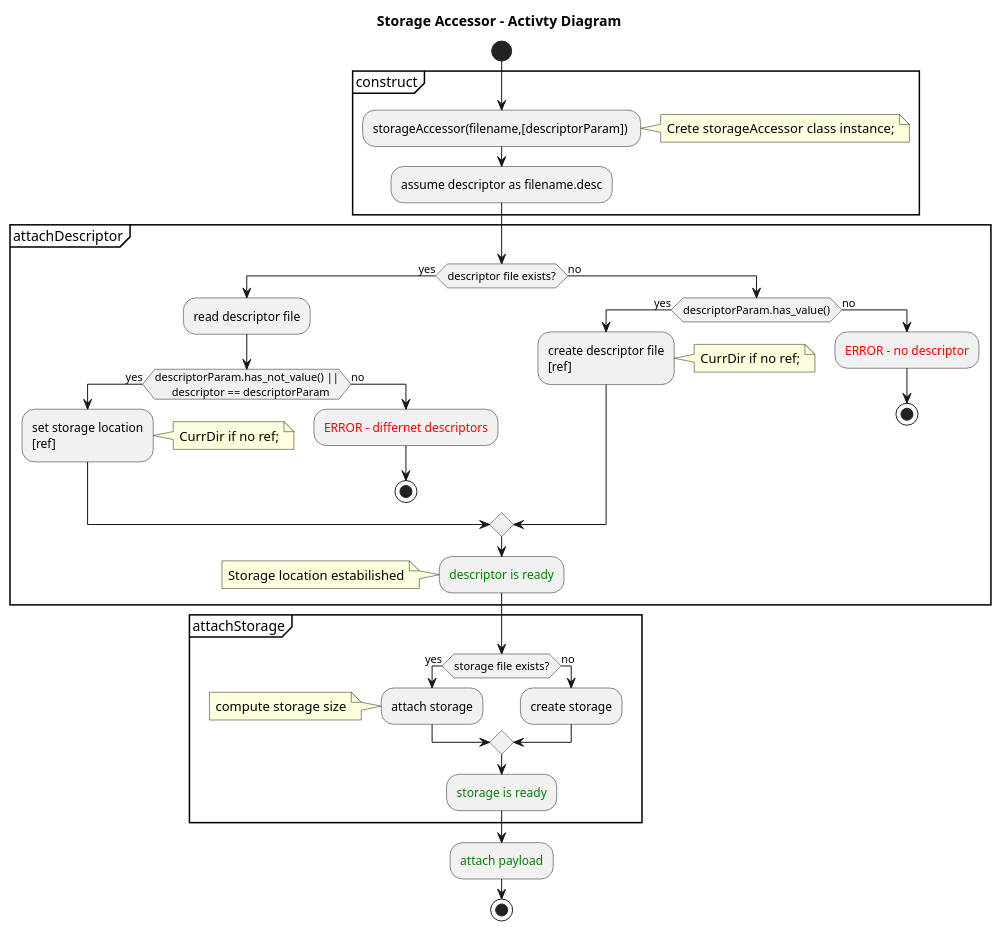
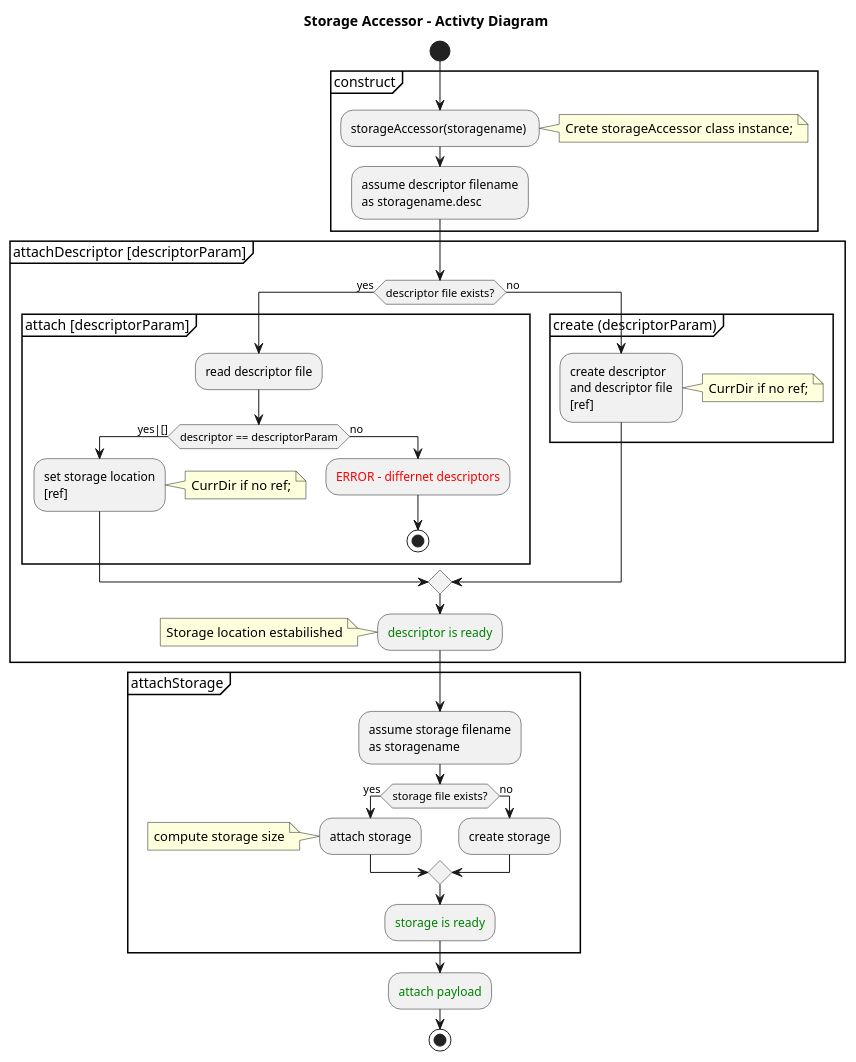
Before and after one commit to michalwidera/retractordb: the diagram in src/rdb/UML/rdb-storageaccessor.puml, drawn with PlantUML.

```diff
--- a/src/rdb/UML/rdb-storageaccessor.puml
+++ b/src/rdb/UML/rdb-storageaccessor.puml
@@ -1,58 +1,61 @@
 @startuml
 
 title Storage Accessor - Activty Diagram
 
-
 start
 
 partition "construct" {
-:storageAccessor(filename,[descriptorParam]) ;
+:storageAccessor(storagename) ;
 note right: Crete storageAccessor class instance;
 
-:assume descriptor as filename.desc;
+:assume descriptor filename
+as storagename.desc;
 }
 
-partition "attachDescriptor" {
+partition "attachDescriptor [descriptorParam]" {
 if (descriptor file exists?) then (yes)
+	partition "attach [descriptorParam]" {
   :read descriptor file;
-  if (descriptorParam.has_not_value() ||
-      descriptor == descriptorParam) then (yes)
+  if (descriptor == descriptorParam) then (yes|[])
     :set storage location
     [ref];
     note right: CurrDir if no ref;
   else (no)
     :<color:red>ERROR - differnet descriptors;
     stop
   endif
+  }
 else (no)
-	if (descriptorParam.has_value()) then (yes)
-  :create descriptor file
-  [ref];
-  note right: CurrDir if no ref;
-  else(no)
-     :<color:red>ERROR - no descriptor;
-    stop
-  endif
+	partition "create (descriptorParam)" {
+	  :create descriptor
+	  and descriptor file
+	  [ref];
+	  note right: CurrDir if no ref;
+	}
 endif
 
 :<color:green>descriptor is ready;
 
 note left: Storage location estabilished
 }
 
 partition "attachStorage" {
+
+:assume storage filename
+as storagename;
+
 if (storage file exists?) then (yes)
   :attach storage;
   note left: compute storage size
 else (no)
   :create storage;
 endif
 
 :<color:green>storage is ready;
 }
 
 :<color:green>attach payload;
 
 stop
 
 @enduml
```
